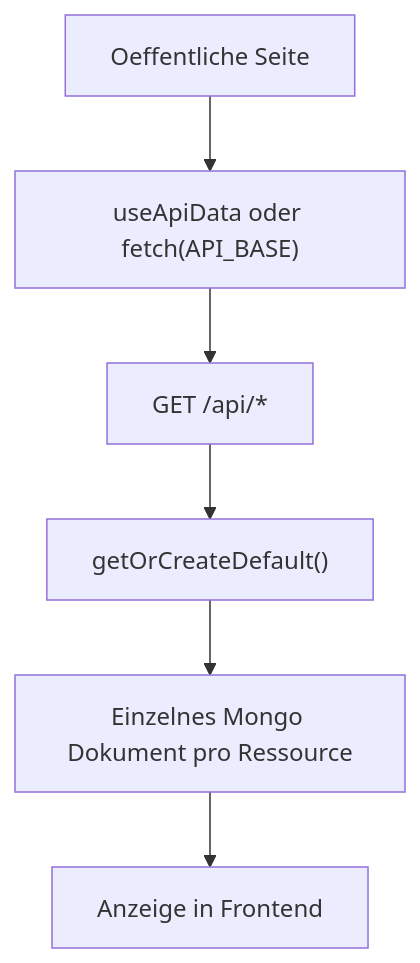
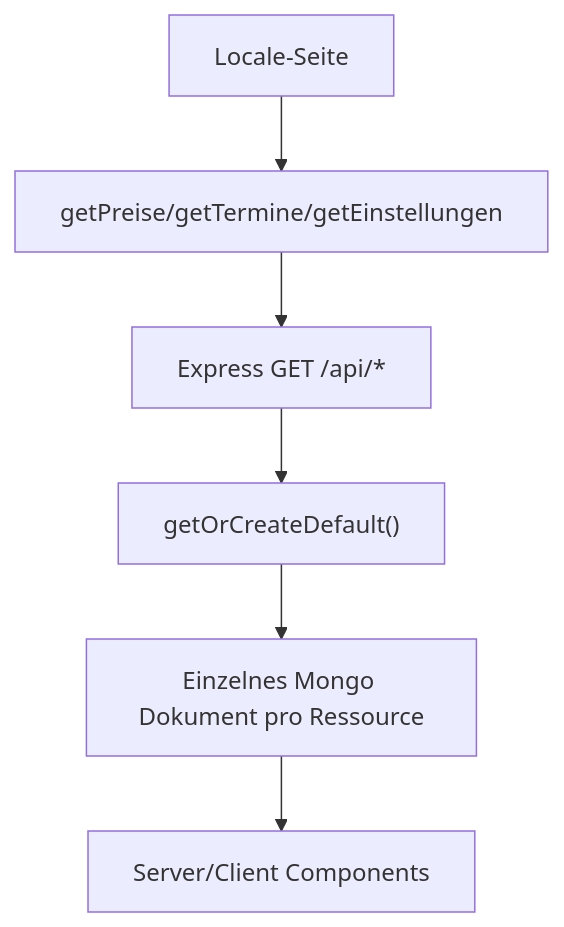
The third of 3 diagrams in docs/00-project-overview.md (BasharOc/scooldrive), drawn with Mermaid before and after one commit. The commit also changed other lines of this file and 13 other files, not shown here.

````diff
--- a/docs/00-project-overview.md
+++ b/docs/00-project-overview.md
@@ -52,8 +56,8 @@
 ```mermaid
 flowchart TD
-  PublicPage["Oeffentliche Seite"] --> UseApi["useApiData oder fetch(API_BASE)"]
-  UseApi --> PublicApi["GET /api/*"]
-  PublicApi --> Defaults["getOrCreateDefault()"]
+  PublicPage["Locale-Seite"] --> ServerFetch["getPreise/getTermine/getEinstellungen"]
+  ServerFetch --> ExpressApi["Express GET /api/*"]
+  ExpressApi --> Defaults["getOrCreateDefault()"]
   Defaults --> MongoDoc["Einzelnes Mongo Dokument pro Ressource"]
-  MongoDoc --> UI["Anzeige in Frontend"]
+  MongoDoc --> UI["Server/Client Components"]
 ```
````
